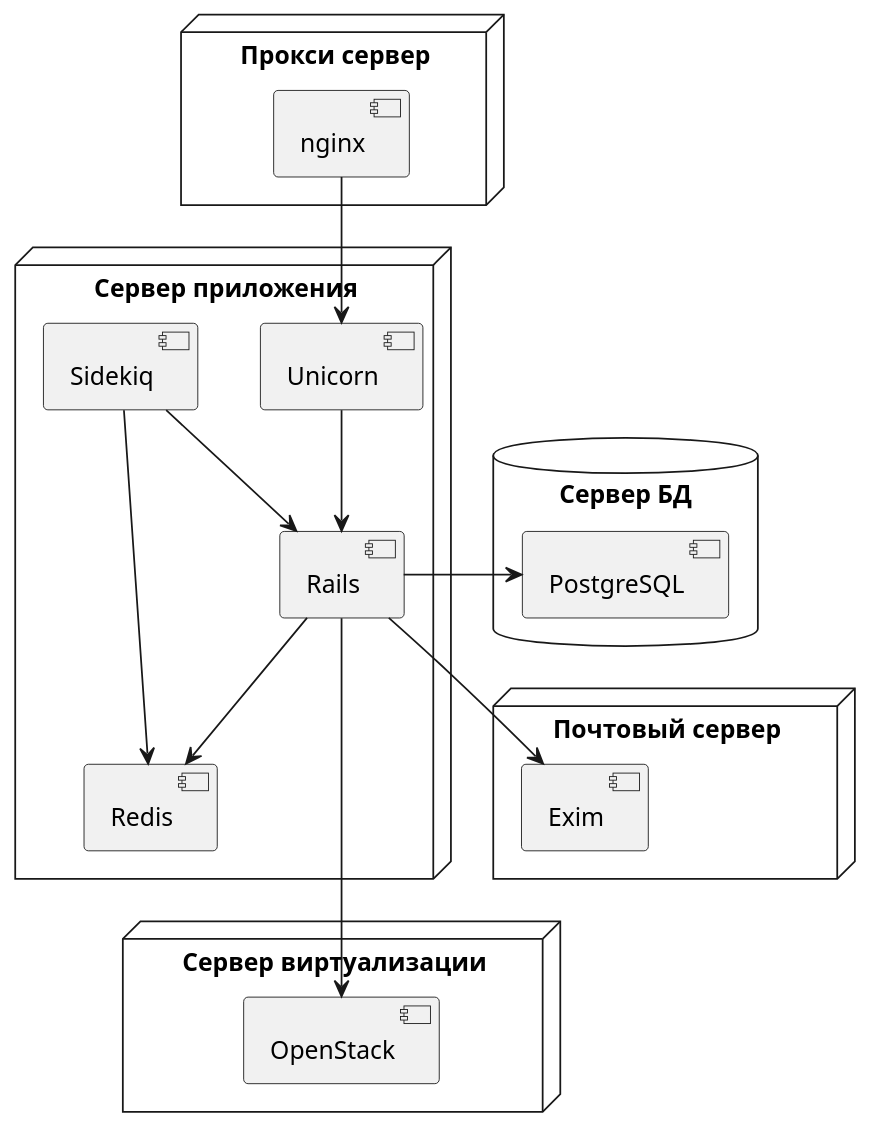
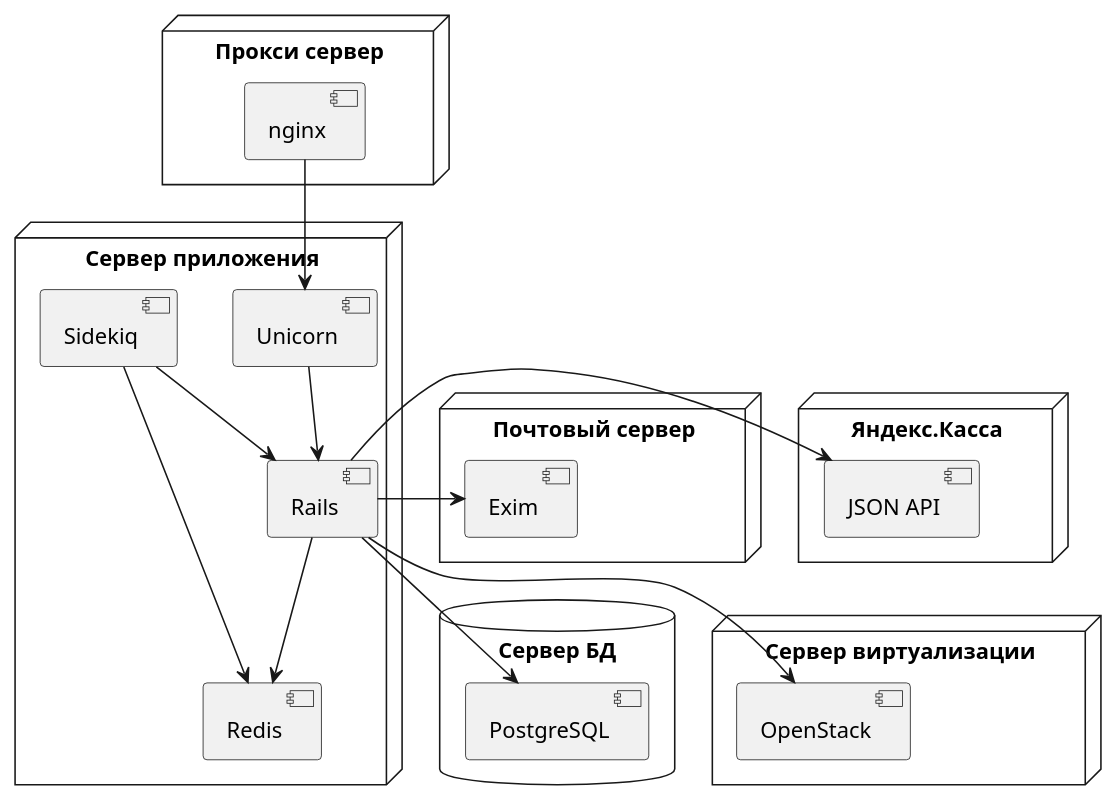
The diagram in images/umls/overview_components_diagram.plantuml (Odebe/Russian-Phd-LaTeX-Dissertation-Template), drawn with PlantUML before and after one commit. The commit also changed 23 other files, not shown here.

```diff
--- a/images/umls/overview_components_diagram.plantuml
+++ b/images/umls/overview_components_diagram.plantuml
@@ -1,31 +1,36 @@
 @startuml overview_components_diagram
 scale 800*800
 
 node "Прокси сервер" {
   [nginx]
 }
 
 database "Сервер БД" {
   [PostgreSQL]
 }
 
 node "Сервер виртуализации" {
   [OpenStack]
 }
 
 node "Почтовый сервер" {
   [Exim]
 }
 
+node "Яндекс.Касса" {
+  [JSON API] as json_api
+}
+
 node "Сервер приложения" {
   [nginx] --> [Unicorn]
   [Unicorn] --> [Rails]
   [Rails] --> [Redis]
   [Sidekiq] --> [Redis]
   [Sidekiq] --> [Rails]
-  [Rails] -right--> [PostgreSQL]
-  [Rails] ---> [OpenStack]
-  [Rails] --> [Exim]
+  [Rails] -down-> [PostgreSQL]
+  [Rails] -down-> [OpenStack]
+  [Rails] -right-> [Exim]
+  [Rails] -right-> json_api
 }
 
 @enduml
```
